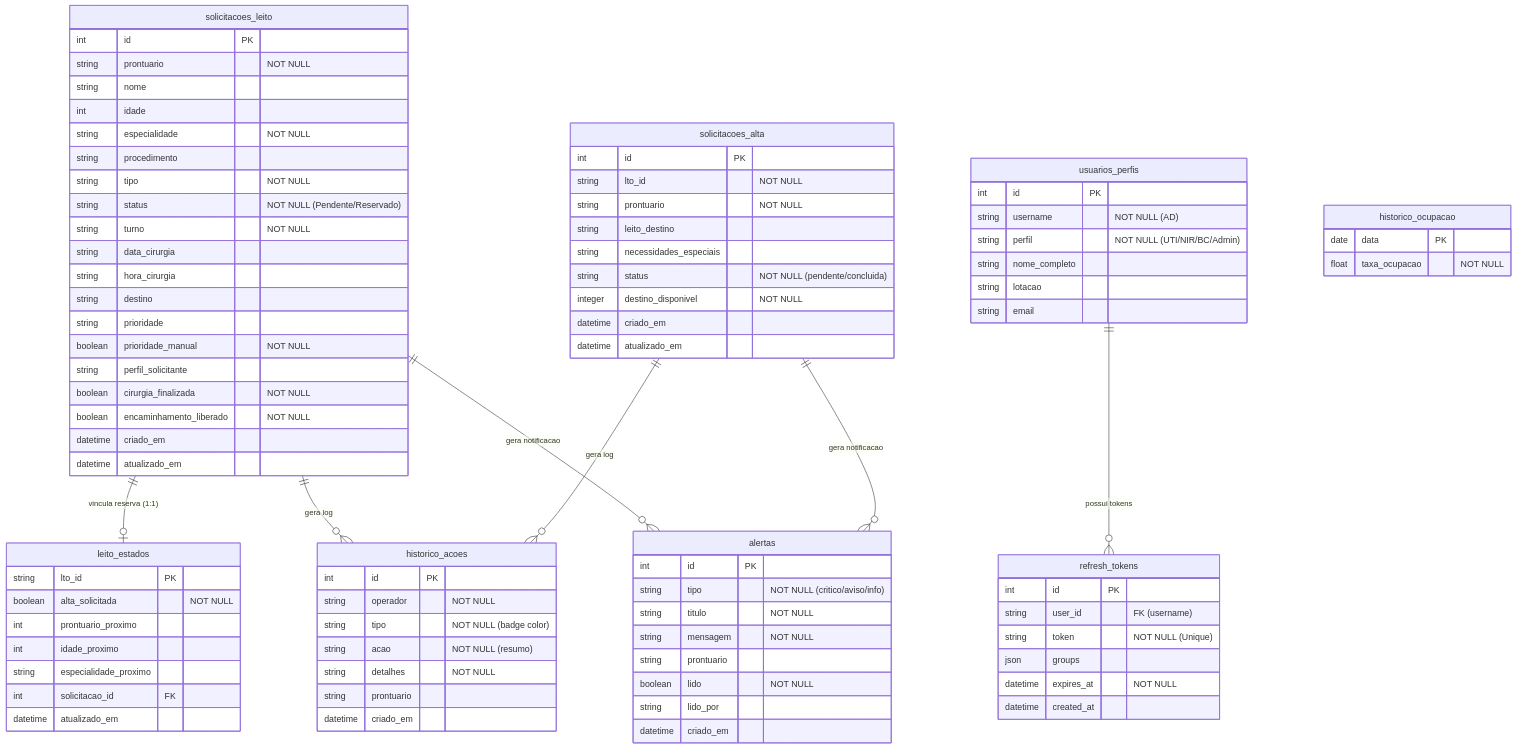
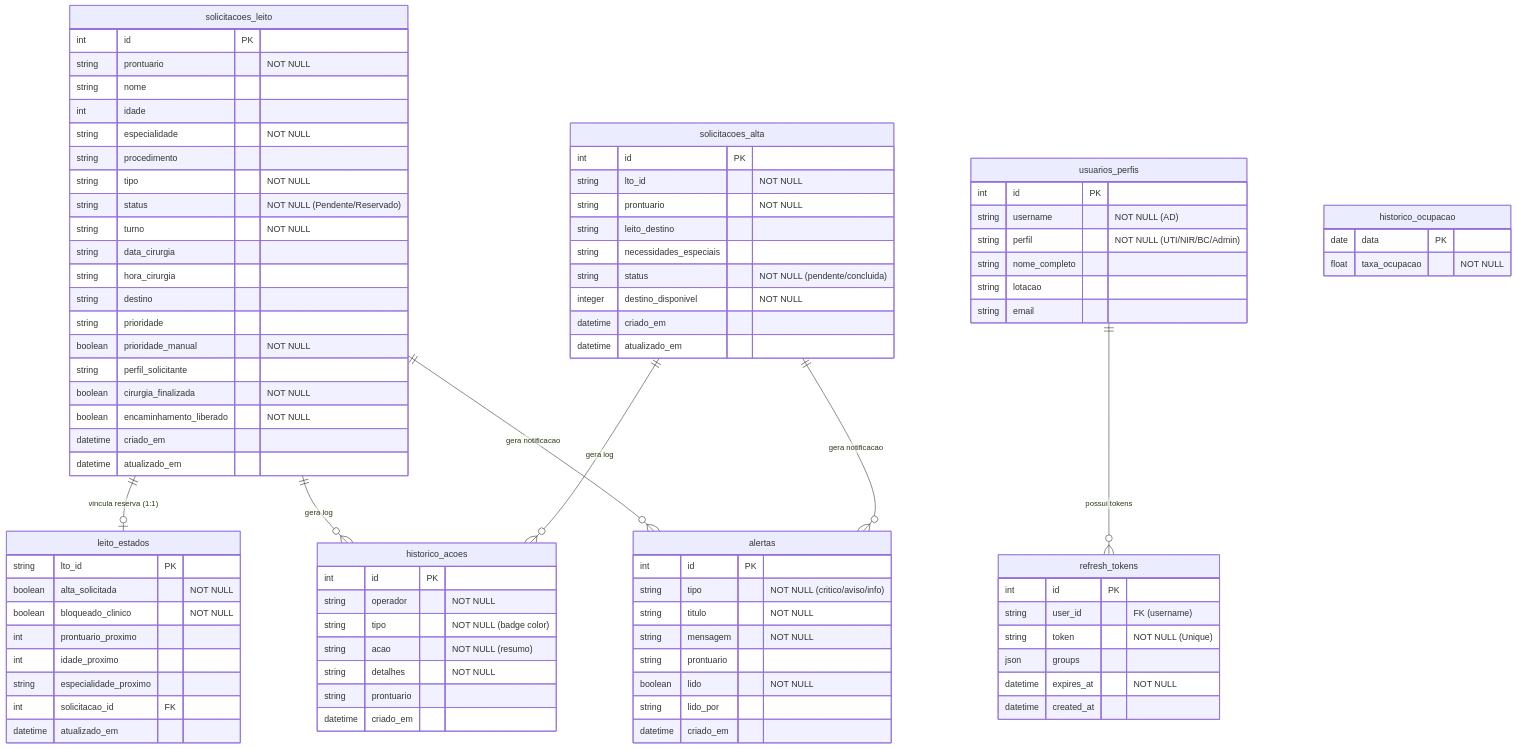
One commit to HCUFPE/hc-uti-manager changed the diagram in docs/projeto_inicial/04-modelo-dados.md. Above: the diagram before and after it, drawn with Mermaid. The commit also changed other lines of this file and 4 other files, not shown here.

```diff
--- a/docs/projeto_inicial/04-modelo-dados.md
+++ b/docs/projeto_inicial/04-modelo-dados.md
@@ -42,6 +42,7 @@
     leito_estados {
         string lto_id PK
         boolean alta_solicitada "NOT NULL"
+        boolean bloqueado_clinico "NOT NULL"
         int prontuario_proximo
         int idade_proximo
         string especialidade_proximo
```
